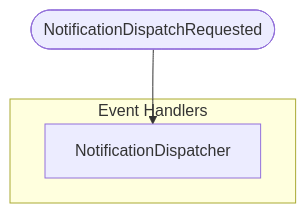
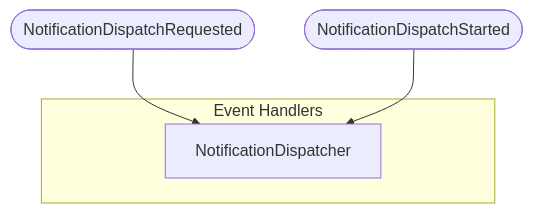
The third of 9 diagrams in docs/notifications/handler-wiring.md (proteanhq/shopstream), drawn with Mermaid before and after one commit. The commit also changed other lines of this file and 61 other files, not shown here.

First line of the commit message:
Claim a notification before its send, and send retried notifications again (#130)

````diff
--- a/docs/notifications/handler-wiring.md
+++ b/docs/notifications/handler-wiring.md
@@ -40,7 +43,8 @@
 ```mermaid
 flowchart TD
     subgraph event_handlers["Event Handlers"]
         eh_notifications_notification_dispatch_NotificationDispatcher[NotificationDispatcher]
     end
     evt_notifications_notification_events_NotificationDispatchRequested([NotificationDispatchRequested]) --> eh_notifications_notification_dispatch_NotificationDispatcher
+    evt_notifications_notification_events_NotificationDispatchStarted([NotificationDispatchStarted]) --> eh_notifications_notification_dispatch_NotificationDispatcher
 ```
````
